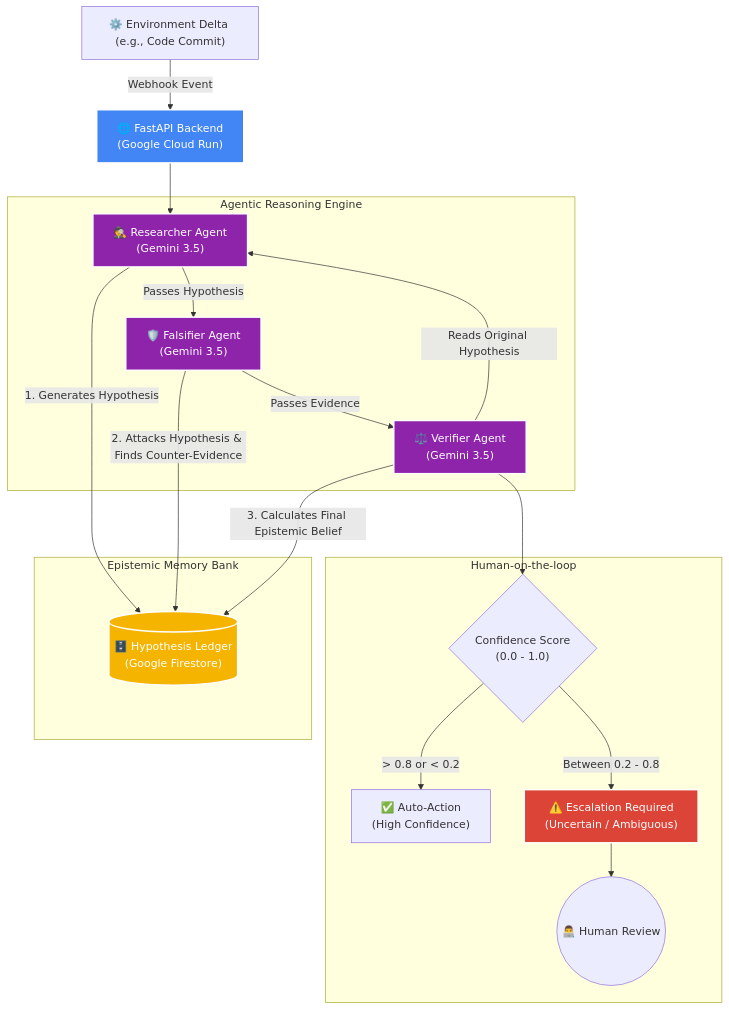
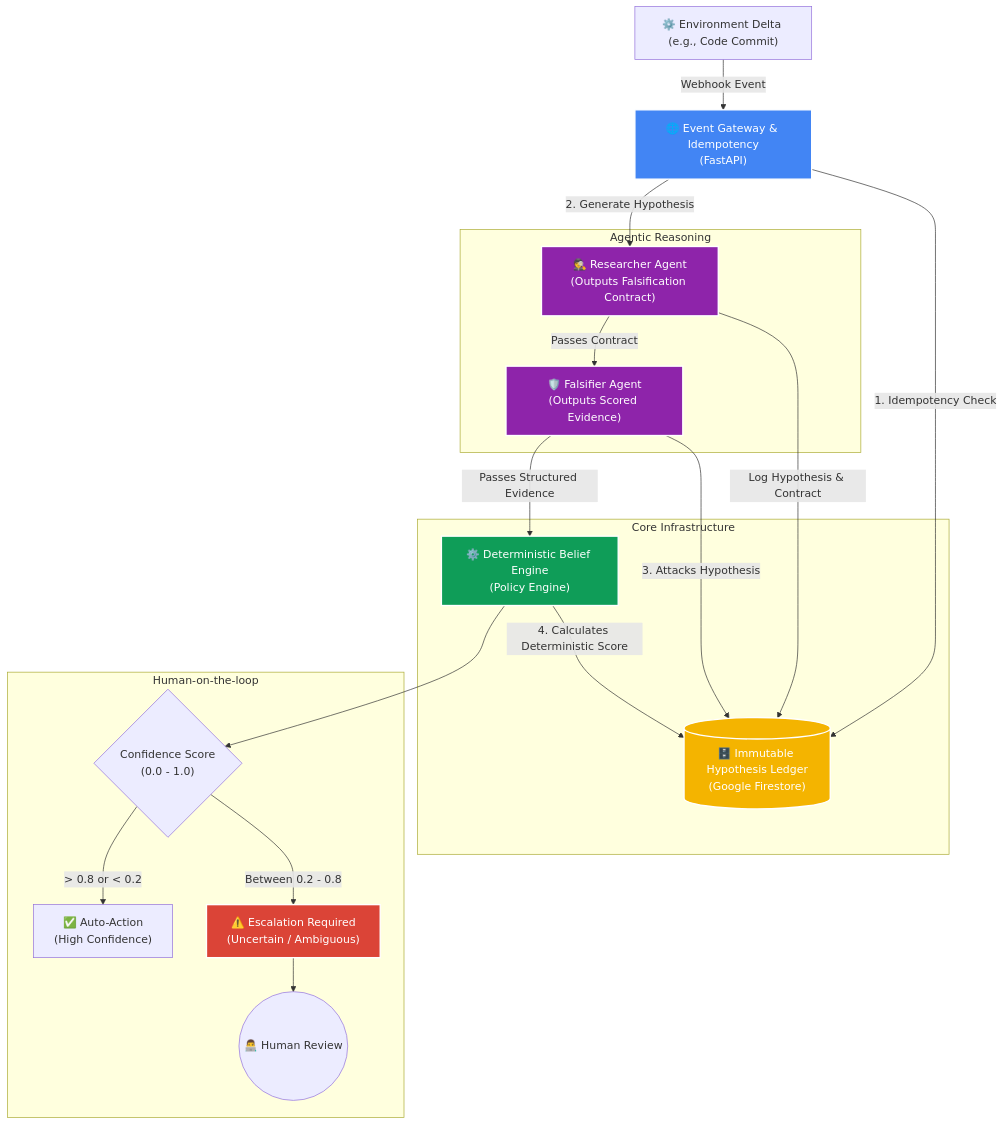
One commit to wijaywi/WinjayAgent changed the diagram in README.md. Above: the diagram before and after it, drawn with Mermaid. The commit also changed other lines of this file and 1 other file, not shown here.

Commit message:
docs: Update README architecture diagram and add Devpost Synopsis

````diff
--- a/README.md
+++ b/README.md
@@ -19,47 +20,48 @@
 ```mermaid
 flowchart TD
     %% Styling
     classDef gcp fill:#4285F4,stroke:#fff,stroke-width:2px,color:#fff;
     classDef gemini fill:#8E24AA,stroke:#fff,stroke-width:2px,color:#fff;
     classDef db fill:#F4B400,stroke:#fff,stroke-width:2px,color:#fff;
     classDef alert fill:#DB4437,stroke:#fff,stroke-width:2px,color:#fff;
+    classDef engine fill:#0F9D58,stroke:#fff,stroke-width:2px,color:#fff;
 
     %% Nodes
     Trigger["⚙️ Environment Delta (e.g., Code Commit)"]
-    API["🌐 FastAPI Backend<br/>(Google Cloud Run)"]:::gcp
+    API["🌐 Event Gateway & Idempotency<br/>(FastAPI)"]:::gcp
 
-    subgraph Agentic Reasoning Engine
-        R["🕵️ Researcher Agent<br/>(Gemini 3.5)"]:::gemini
-        F["🛡️ Falsifier Agent<br/>(Gemini 3.5)"]:::gemini
-        V["⚖️ Verifier Agent<br/>(Gemini 3.5)"]:::gemini
+    subgraph Agentic Reasoning
+        R["🕵️ Researcher Agent<br/>(Outputs Falsification Contract)"]:::gemini
+        F["🛡️ Falsifier Agent<br/>(Outputs Scored Evidence)"]:::gemini
     end
 
-    subgraph Epistemic Memory Bank
-        DB[("🗄️ Hypothesis Ledger<br/>(Google Firestore)")]:::db
+    subgraph Core Infrastructure
+        DB[("🗄️ Immutable Hypothesis Ledger<br/>(Google Firestore)")]:::db
+        BE["⚙️ Deterministic Belief Engine<br/>(Policy Engine)"]:::engine
     end
 
     subgraph Human-on-the-loop
         Eval{"Confidence Score<br/>(0.0 - 1.0)"}
         ActionAuto["✅ Auto-Action<br/>(High Confidence)"]
         ActionEscalate["⚠️ Escalation Required<br/>(Uncertain / Ambiguous)"]:::alert
         Human(("👨‍💻 Human Review"))
     end
 
     %% Flow
     Trigger -->|Webhook Event| API
-    API --> R
+    API -->|1. Idempotency Check| DB
+    API -->|2. Generate Hypothesis| R
     
-    R -->|1. Generates Hypothesis| DB
-    R -->|Passes Hypothesis| F
+    R -->|Log Hypothesis & Contract| DB
+    R -->|Passes Contract| F
     
-    F -->|2. Attacks Hypothesis & Finds Counter-Evidence| DB
-    F -->|Passes Evidence| V
+    F -->|3. Attacks Hypothesis| DB
+    F -->|Passes Structured Evidence| BE
     
-    V -->|Reads Original Hypothesis| R
-    V -->|3. Calculates Final Epistemic Belief| DB
+    BE -->|4. Calculates Deterministic Score| DB
+    BE --> Eval
     
-    V --> Eval
     Eval -->|> 0.8 or < 0.2| ActionAuto
     Eval -->|Between 0.2 - 0.8| ActionEscalate
     ActionEscalate --> Human
 ```
````
